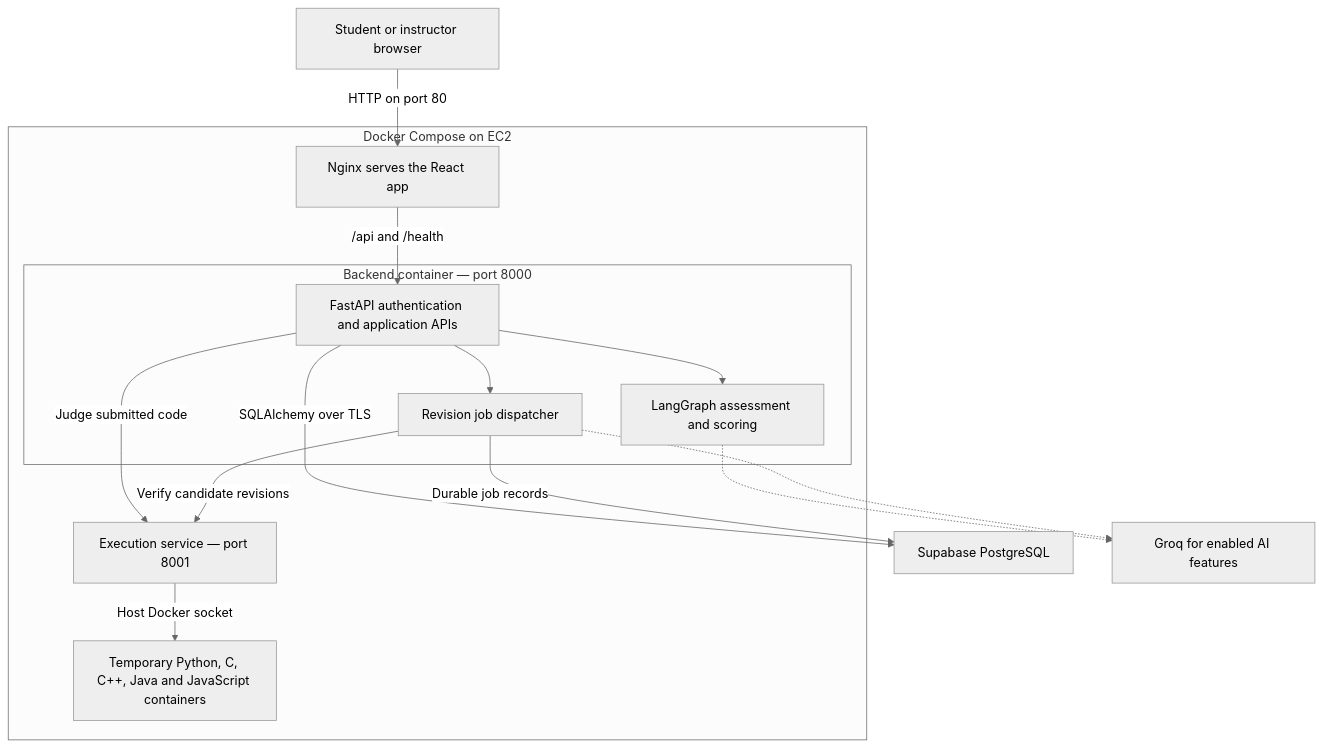
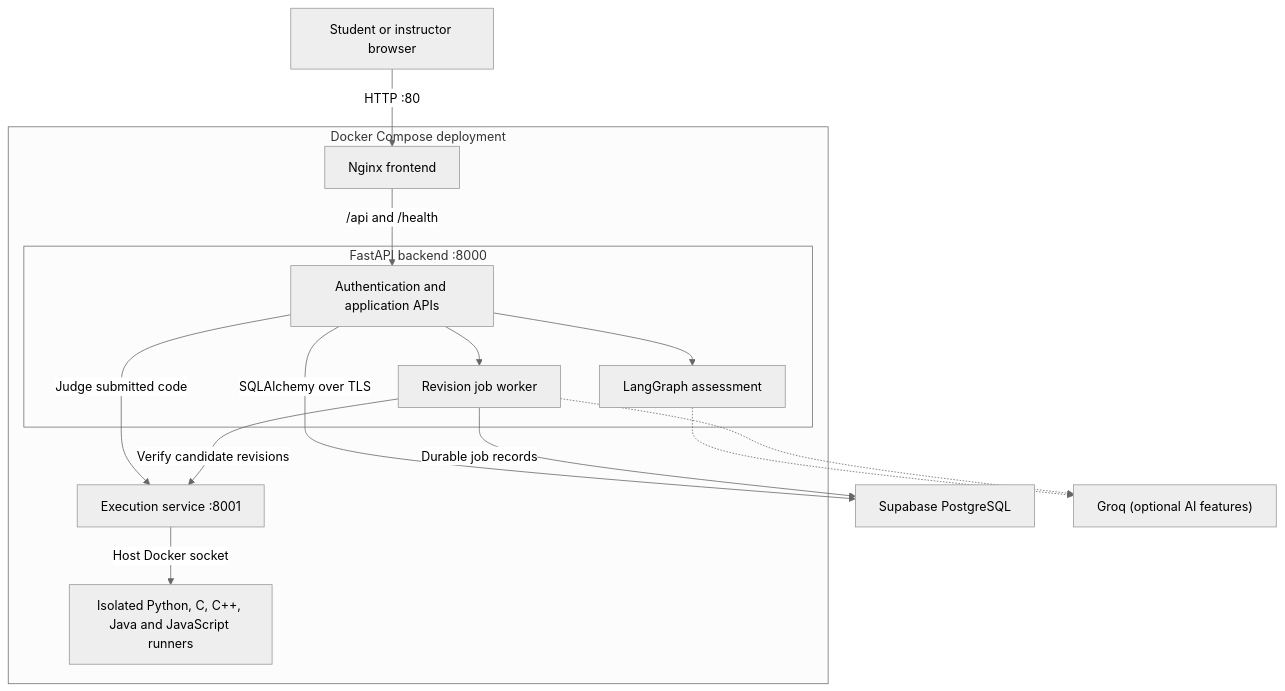
One commit to multiagentcodereview2026/CodeAssessment changed the first of 3 diagrams in README.md. Above: the diagram before and after it, drawn with Mermaid (neutral theme). The commit also changed other lines of this file, not shown here.

Commit message:
Clarify architecture headings and labels

````diff
--- a/README.md
+++ b/README.md
@@ -41,18 +41,18 @@
 ```mermaid
 flowchart TD
-    Browser["Student or instructor browser"] -->|"HTTP on port 80"| Web
-    subgraph EC2["Docker Compose on EC2"]
-        Web["Nginx serves the React app"] -->|"/api and /health"| API
-        subgraph Backend["Backend container — port 8000"]
-            API["FastAPI authentication and application APIs"] --> Graph["LangGraph assessment and scoring"]
-            API --> Jobs["Revision job dispatcher"]
+    Browser["Student or instructor browser"] -->|"HTTP :80"| Web
+    subgraph EC2["Docker Compose deployment"]
+        Web["Nginx frontend"] -->|"/api and /health"| API
+        subgraph Backend["FastAPI backend :8000"]
+            API["Authentication and application APIs"] --> Graph["LangGraph assessment"]
+            API --> Jobs["Revision job worker"]
         end
-        API -->|"Judge submitted code"| Engine["Execution service — port 8001"]
+        API -->|"Judge submitted code"| Engine["Execution service :8001"]
         Jobs -->|"Verify candidate revisions"| Engine
-        Engine -->|"Host Docker socket"| Runner["Temporary Python, C, C++, Java and JavaScript containers"]
+        Engine -->|"Host Docker socket"| Runner["Isolated Python, C, C++, Java and JavaScript runners"]
     end
     API -->|"SQLAlchemy over TLS"| DB["Supabase PostgreSQL"]
     Jobs -->|"Durable job records"| DB
-    Graph -.-> AI["Groq for enabled AI features"]
+    Graph -.-> AI["Groq (optional AI features)"]
     Jobs -.-> AI
 ```
````
